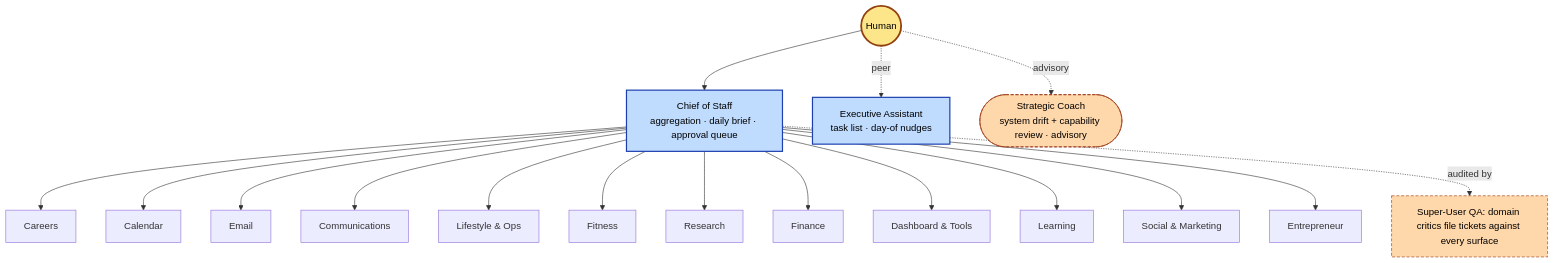
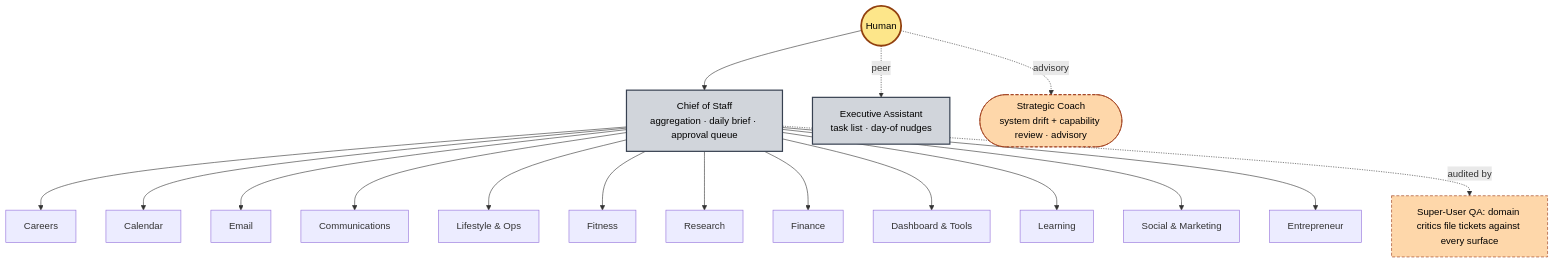
The first of 2 diagrams in README.md (khlittlejohn-hue/executive-office), drawn with Mermaid before and after one commit. The commit also changed other lines of this file and 2 other files, not shown here.

````diff
--- a/README.md
+++ b/README.md
@@ -59,34 +59,34 @@
 ```mermaid
 flowchart TB
     Principal(("Human"))
     COS["Chief of Staff<br/>aggregation · daily brief · approval queue"]
     EA["Executive Assistant<br/>task list · day-of nudges"]
     Coach(["Strategic Coach<br/>system drift + capability review · advisory"])
 
     Principal --> COS
     Principal -.peer.-> EA
     Principal -.advisory.-> Coach
 
     COS --> D1["Careers"]
     COS --> D2["Calendar"]
     COS --> D3["Email"]
     COS --> D4["Communications"]
     COS --> D5["Lifestyle & Ops"]
     COS --> D6["Fitness"]
     COS --> D7["Research"]
     COS --> D8["Finance"]
     COS --> D9["Dashboard & Tools"]
     COS --> D10["Learning"]
     COS --> D11["Social & Marketing"]
     COS --> D12["Entrepreneur"]
 
     QA["Super-User QA: domain critics file tickets against every surface"]
     COS -.audited by.-> QA
 
     classDef p fill:#fde68a,stroke:#92400e,stroke-width:3px,color:#000
-    classDef c fill:#bfdbfe,stroke:#1e40af,stroke-width:2px,color:#000
+    classDef c fill:#d1d5db,stroke:#374151,stroke-width:2px,color:#000
     classDef a fill:#fed7aa,stroke:#9a3412,stroke-dasharray:5 3,color:#000
     class Principal p
     class COS,EA c
     class Coach,QA a
 ```
````
